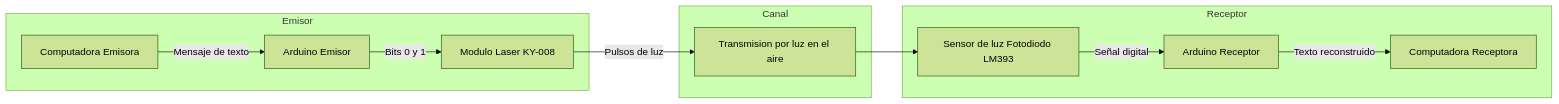
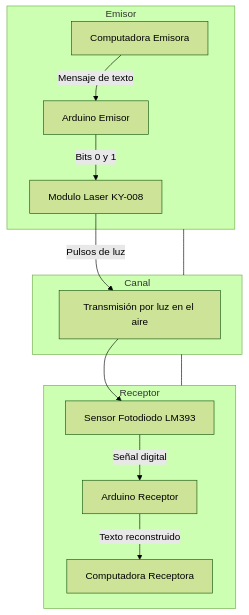
One commit to JaleXHolguin/laser-text-transmission changed the diagram in README.md. Above: the diagram before and after it, drawn with Mermaid (forest theme).

Commit message:
Actualizar el diagrama de arquitectura del sistema en README

````diff
--- a/README.md
+++ b/README.md
@@ -31,26 +31,32 @@
 ```mermaid
-flowchart LR
+flowchart TD
+%% Diseño en dos columnas para mayor claridad
 
 subgraph Emisor
 PC1[Computadora Emisora]
 ARD1[Arduino Emisor]
 LASER[Modulo Laser KY-008]
 end
 
-subgraph Canal
-AIR[Transmision por luz en el aire]
-end
-
 subgraph Receptor
-SENSOR[Sensor de luz Fotodiodo LM393]
+SENSOR[Sensor Fotodiodo LM393]
 ARD2[Arduino Receptor]
 PC2[Computadora Receptora]
 end
 
+subgraph Canal
+AIR[Transmisión por luz en el aire]
+end
+
+%% Conexiones Emisor -> Canal -> Receptor
 PC1 -->|Mensaje de texto| ARD1
 ARD1 -->|Bits 0 y 1| LASER
 LASER -->|Pulsos de luz| AIR
 AIR --> SENSOR
 SENSOR -->|Señal digital| ARD2
 ARD2 -->|Texto reconstruido| PC2
+
+%% Layout en columnas
+Emisor --- Canal
+Canal --- Receptor
 ```
````
